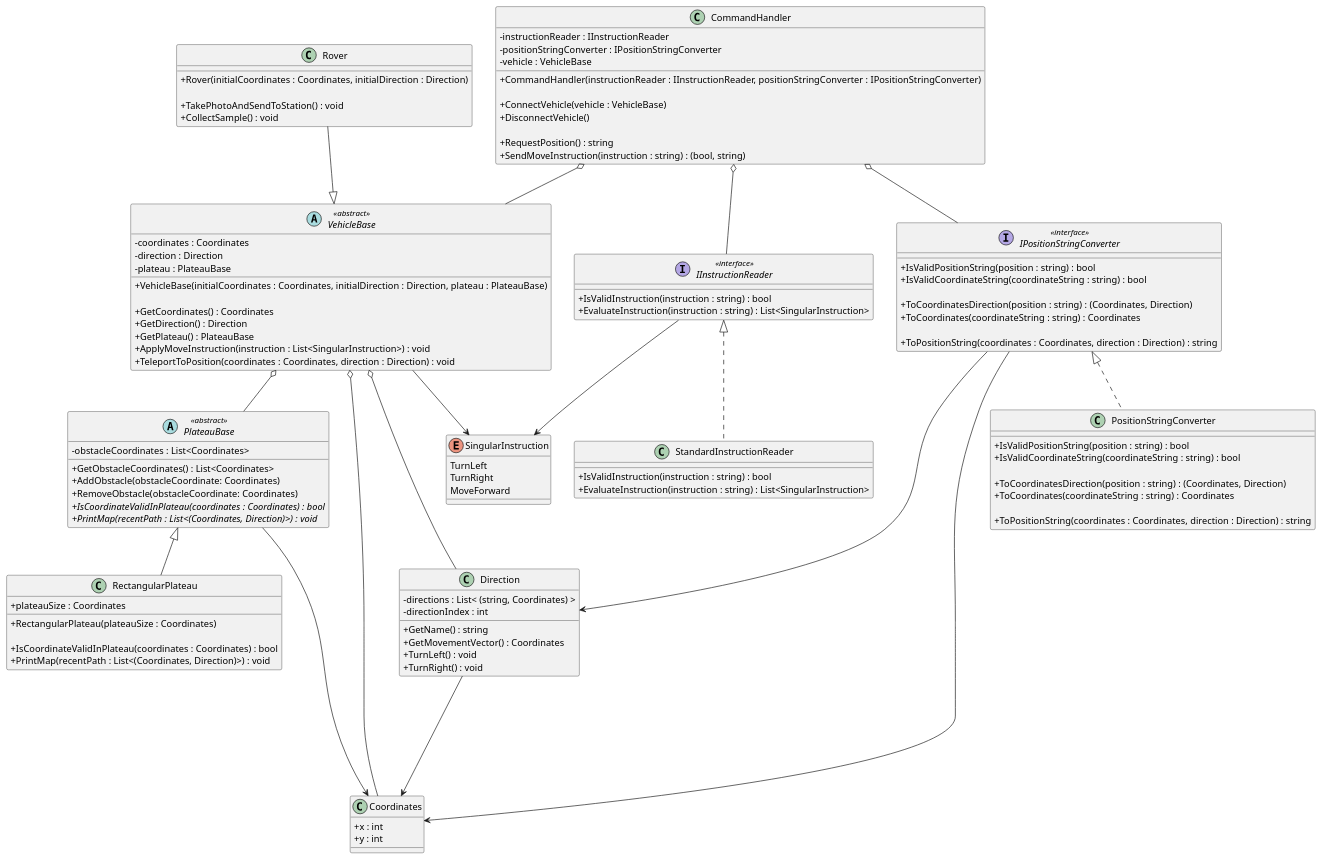
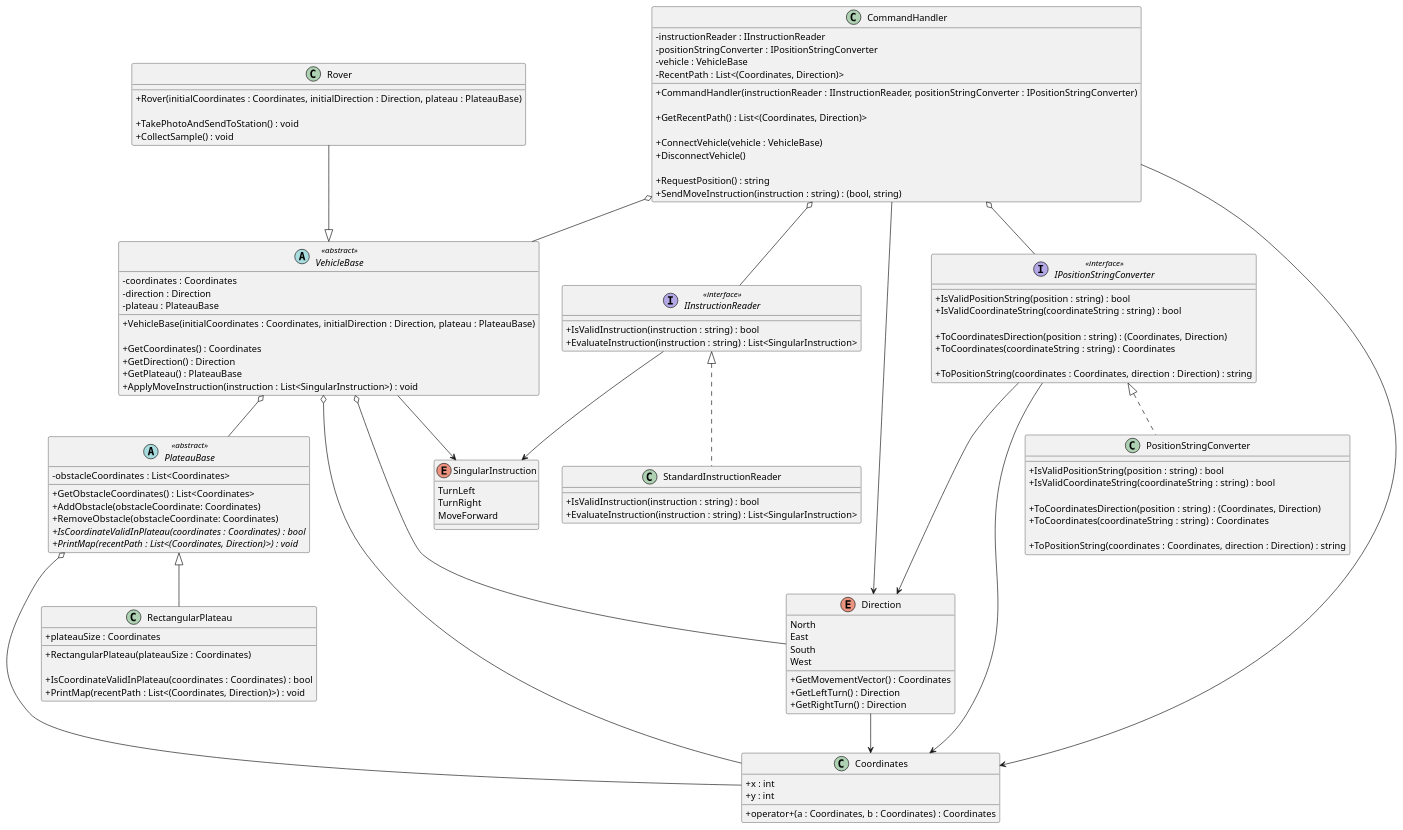
One commit to iamfranco/MarsRoverChallenge changed the diagram in diagrams/MarsRoverChallenge.puml. Above: the diagram before and after it, drawn with PlantUML. The commit also changed 1 other file, not shown here.

Commit message:
UML: change Direction from Class to Enum, rearrange orderings to follow file structure

```diff
--- a/diagrams/MarsRoverChallenge.puml
+++ b/diagrams/MarsRoverChallenge.puml
@@ -1,143 +1,150 @@
 @startuml "Mars Rover Challenge"
 skinparam classAttributeIconSize 0
+
+class CommandHandler
+{
+  - instructionReader : IInstructionReader
+  - positionStringConverter : IPositionStringConverter
+  - vehicle : VehicleBase
+  - RecentPath : List<&#40;Coordinates, Direction&#41;>
+
+  + CommandHandler(instructionReader : IInstructionReader, positionStringConverter : IPositionStringConverter)
+  
+  + GetRecentPath() : List<(Coordinates, Direction)>
+
+  + ConnectVehicle(vehicle : VehicleBase)
+  + DisconnectVehicle()
+
+  + RequestPosition() : string
+  + SendMoveInstruction(instruction : string) : (bool, string)
+}
 
 interface IInstructionReader <<interface>>
 {
   + IsValidInstruction(instruction : string) : bool
   + EvaluateInstruction(instruction : string) : List<SingularInstruction>
 }
 
 enum SingularInstruction
 {
   TurnLeft
   TurnRight
   MoveForward
 }
 
 class StandardInstructionReader
 {
   + IsValidInstruction(instruction : string) : bool
   + EvaluateInstruction(instruction : string) : List<SingularInstruction>
 }
 
 abstract PlateauBase <<abstract>>
 {
   - obstacleCoordinates : List<Coordinates>
 
   + GetObstacleCoordinates() : List<Coordinates>
   + AddObstacle(obstacleCoordinate: Coordinates)
   + RemoveObstacle(obstacleCoordinate: Coordinates)
   {abstract} + IsCoordinateValidInPlateau(coordinates : Coordinates) : bool
   {abstract} + PrintMap(recentPath : List<(Coordinates, Direction)>) : void
 }
 
 class RectangularPlateau
 {
   + plateauSize : Coordinates
 
   + RectangularPlateau(plateauSize : Coordinates)
 
   + IsCoordinateValidInPlateau(coordinates : Coordinates) : bool
   + PrintMap(recentPath : List<(Coordinates, Direction)>) : void
 }
 
 class Coordinates
 {
   + x : int
   + y : int
+
+  + operator+(a : Coordinates, b : Coordinates) : Coordinates
 }
 
-class Direction
+enum Direction
 {
-  - directions : List< &#40;string, Coordinates&#41; >
-  - directionIndex : int
+  North
+  East
+  South
+  West
 
-  + GetName() : string
   + GetMovementVector() : Coordinates
-  + TurnLeft() : void
-  + TurnRight() : void
+  + GetLeftTurn() : Direction
+  + GetRightTurn() : Direction
 }
 
 interface IPositionStringConverter <<interface>>
 {
   + IsValidPositionString(position : string) : bool
   + IsValidCoordinateString(coordinateString : string) : bool
 
   + ToCoordinatesDirection(position : string) : (Coordinates, Direction)
   + ToCoordinates(coordinateString : string) : Coordinates
 
   + ToPositionString(coordinates : Coordinates, direction : Direction) : string
 }
 
 class PositionStringConverter
 {
   + IsValidPositionString(position : string) : bool
   + IsValidCoordinateString(coordinateString : string) : bool
 
   + ToCoordinatesDirection(position : string) : (Coordinates, Direction)
   + ToCoordinates(coordinateString : string) : Coordinates
 
   + ToPositionString(coordinates : Coordinates, direction : Direction) : string
 }
 
+class Rover
+{
+  + Rover(initialCoordinates : Coordinates, initialDirection : Direction, plateau : PlateauBase)
+
+  + TakePhotoAndSendToStation() : void
+  + CollectSample() : void
+}
+
 abstract VehicleBase <<abstract>>
 {
   - coordinates : Coordinates
   - direction : Direction
   - plateau : PlateauBase
 
   + VehicleBase(initialCoordinates : Coordinates, initialDirection : Direction, plateau : PlateauBase)
 
   + GetCoordinates() : Coordinates
   + GetDirection() : Direction
   + GetPlateau() : PlateauBase
   + ApplyMoveInstruction(instruction : List<SingularInstruction>) : void
-  + TeleportToPosition(coordinates : Coordinates, direction : Direction) : void
-}
-
-class Rover
-{
-  + Rover(initialCoordinates : Coordinates, initialDirection : Direction)
-
-  + TakePhotoAndSendToStation() : void
-  + CollectSample() : void
-}
-
-class CommandHandler
-{
-  - instructionReader : IInstructionReader
-  - positionStringConverter : IPositionStringConverter
-  - vehicle : VehicleBase
-
-  + CommandHandler(instructionReader : IInstructionReader, positionStringConverter : IPositionStringConverter)
-  
-  + ConnectVehicle(vehicle : VehicleBase)
-  + DisconnectVehicle()
-
-  + RequestPosition() : string
-  + SendMoveInstruction(instruction : string) : (bool, string)
 }
 
 CommandHandler o-- IInstructionReader
 CommandHandler o-- IPositionStringConverter
 CommandHandler o-- VehicleBase
+CommandHandler -----> Coordinates
+CommandHandler ----> Direction
 
 IInstructionReader --> SingularInstruction
 IInstructionReader <|.. StandardInstructionReader 
 
 VehicleBase <|-u- Rover
 VehicleBase --> SingularInstruction
 VehicleBase o--- Direction
 VehicleBase o---- Coordinates
 VehicleBase o-- PlateauBase
 
 IPositionStringConverter <|.. PositionStringConverter
 IPositionStringConverter ---> Direction
-IPositionStringConverter ---> Coordinates
+IPositionStringConverter ----> Coordinates
 
 PlateauBase <|-- RectangularPlateau
-PlateauBase -----> Coordinates
+PlateauBase o--- Coordinates
 
 Direction --> Coordinates 
 
 @enduml
```
